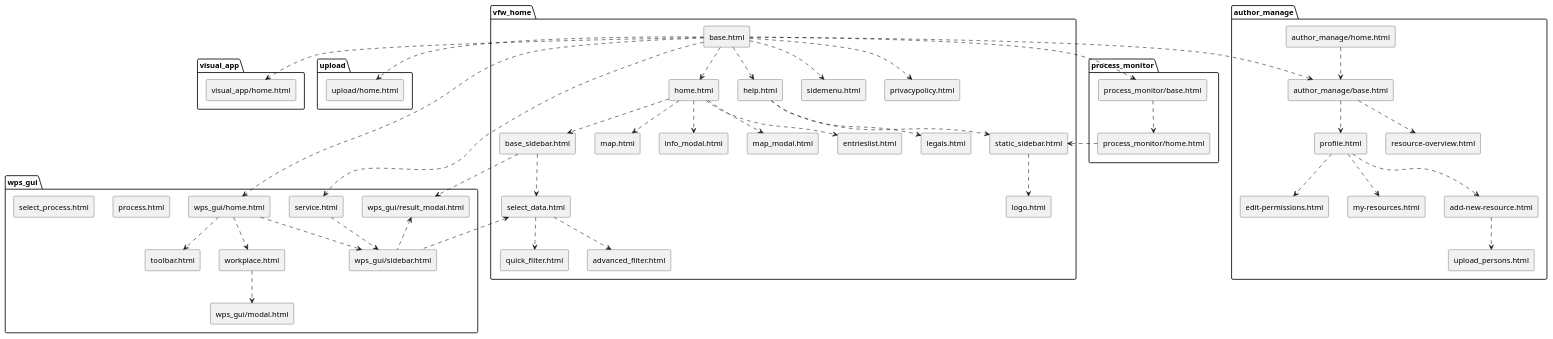
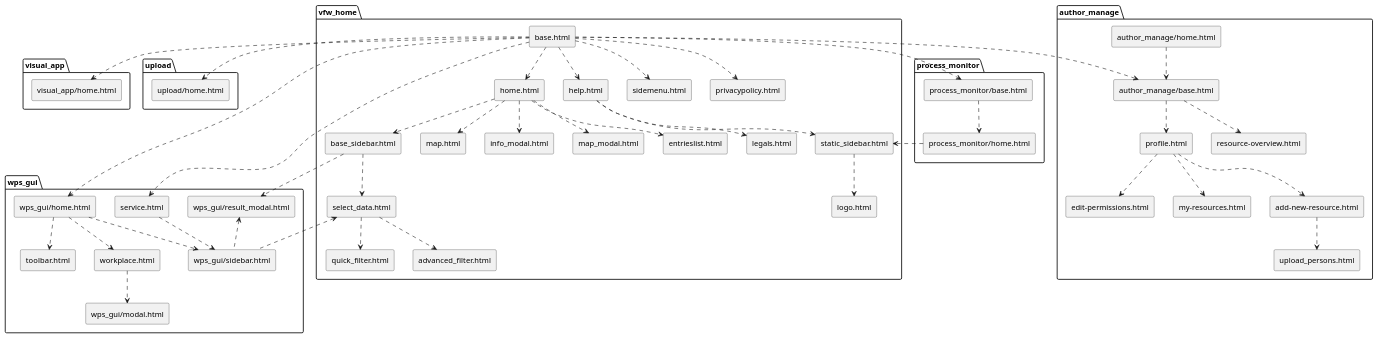
The second of 2 diagrams in diagrams/html_components.puml (VForWaTer/vforwater-portal), drawn with PlantUML before and after one commit. The commit also changed other lines of this file, not shown here.

Commit message:
updatet components diagram

```diff
--- a/diagrams/html_components.puml
+++ b/diagrams/html_components.puml
@@ -1,60 +285,60 @@
 @startuml
 'https://plantuml.com/component-diagram
 skinparam componentStyle rectangle
 
 package "vfw_home" {
   [home.html] ..> [base_sidebar.html]
   [base.html] ..> [help.html]
   [select_data.html] ..> [quick_filter.html]
   [select_data.html] ..> [advanced_filter.html]
   [base.html] ..> [home.html]
   [base.html] ..> [sidemenu.html]
   [home.html] ..> [map.html]
   [home.html] ..> [info_modal.html]
   [home.html] ..> [map_modal.html]
   [home.html] ..> [entrieslist.html]
   [base.html] ..> [privacypolicy.html]
   [help.html] ..> [legals.html]
   [help.html] ..> [static_sidebar.html]
   [base_sidebar.html] ..> [select_data.html]
   [static_sidebar.html] ..> [logo.html]
 }
 package "visual_app" {
   [base.html] ..> [visual_app/home.html]
 }
 package "upload" {
   [base.html] ..> [upload/home.html]
 }
 package "wps_gui" {
   [base_sidebar.html] ..> [wps_gui/result_modal.html]
 
   [base.html] ..> [wps_gui/home.html]
   [base.html] ..> [service.html]
   [service.html] ..> [wps_gui/sidebar.html]
   [wps_gui/sidebar.html]
   [wps_gui/home.html] ..> [wps_gui/sidebar.html]
   [wps_gui/home.html] ..> [toolbar.html]
   [wps_gui/home.html] ..> [workplace.html]
   [select_data.html] <.. [wps_gui/sidebar.html]
   [wps_gui/result_modal.html] <.. [wps_gui/sidebar.html]
   [workplace.html] ..> [wps_gui/modal.html]
-  [process.html]
-  [select_process.html]
+'  [process.html]
+'  [select_process.html]
 }
 
 package "author_manage" {
   [base.html] ..> [author_manage/base.html]
   [author_manage/home.html] ..> [author_manage/base.html]
   [author_manage/base.html] ..> [profile.html]
   [author_manage/base.html] ..> [resource-overview.html]
   [profile.html] ..> [edit-permissions.html]
   [profile.html] ..> [my-resources.html]
   [add-new-resource.html] ..> [upload_persons.html]
   [profile.html] ..> [add-new-resource.html]
 }
 package "process_monitor" {
   [base.html] ..> [process_monitor/base.html]
   [process_monitor/base.html] ..> [process_monitor/home.html]
   [process_monitor/home.html] ..> [static_sidebar.html]
 }
 @enduml
```
